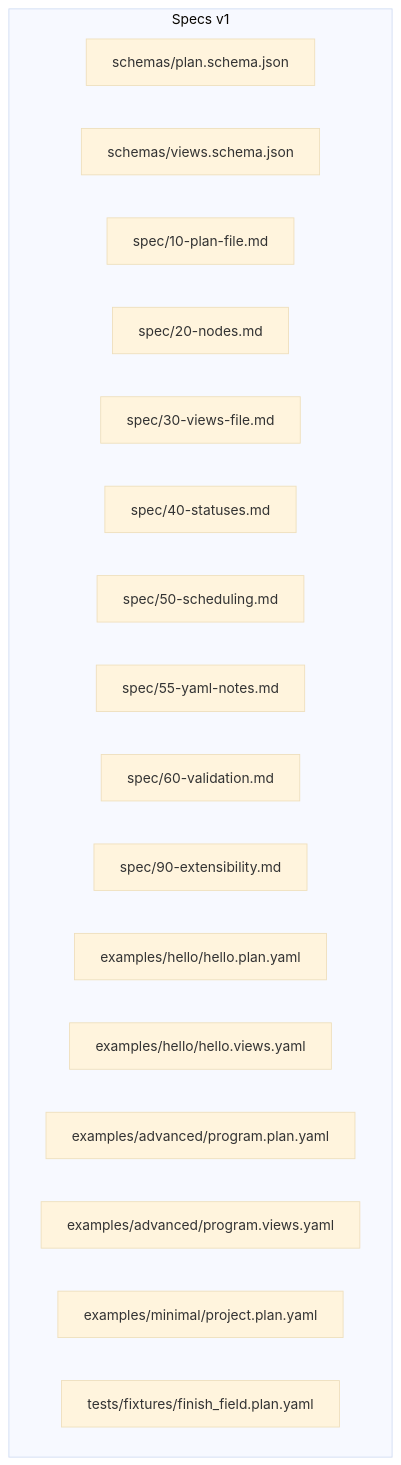
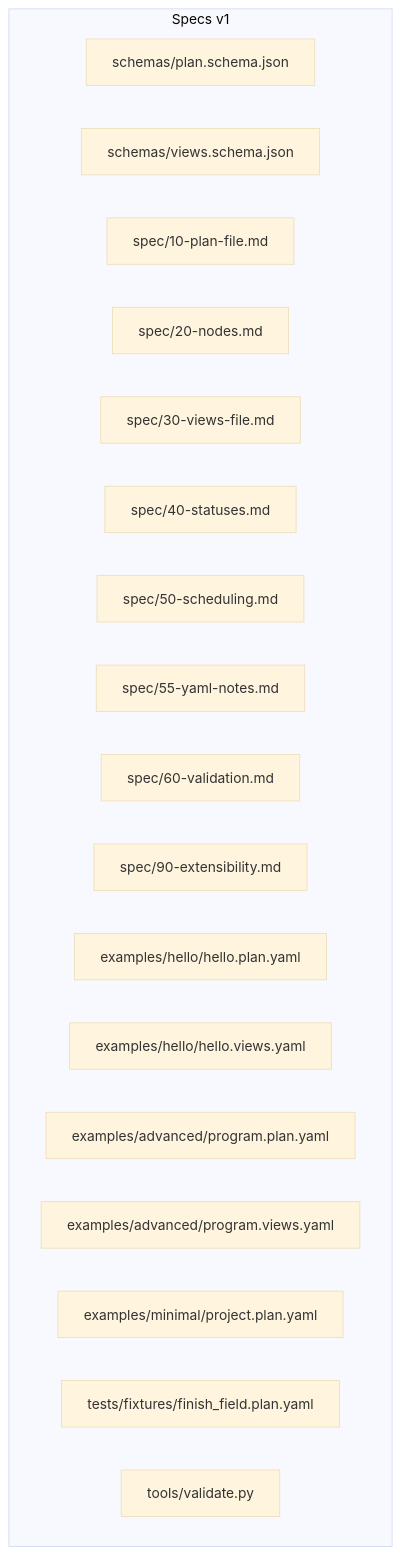
One commit to asukhodko/opskarta changed the first of 5 diagrams in .qoder/repowiki/en/content/Specification Reference/File Formats/File Formats.md. Above: the diagram before and after it, drawn with Mermaid (base theme). The commit also changed other lines of this file and 4 other files, not shown here.

````diff
--- a/.qoder/repowiki/en/content/Specification Reference/File Formats/File Formats.md
+++ b/.qoder/repowiki/en/content/Specification Reference/File Formats/File Formats.md
@@ -61,21 +63,22 @@
 ```mermaid
 graph TB
 subgraph "Specs v1"
 S1["schemas/plan.schema.json"]
 S2["schemas/views.schema.json"]
 D1["spec/10-plan-file.md"]
 D2["spec/20-nodes.md"]
 D3["spec/30-views-file.md"]
 D4["spec/40-statuses.md"]
 D5["spec/50-scheduling.md"]
 D6["spec/55-yaml-notes.md"]
 D7["spec/60-validation.md"]
 D9["spec/90-extensibility.md"]
 E_hello_plan["examples/hello/hello.plan.yaml"]
 E_hello_views["examples/hello/hello.views.yaml"]
 E_adv_plan["examples/advanced/program.plan.yaml"]
 E_adv_views["examples/advanced/program.views.yaml"]
 E_min_plan["examples/minimal/project.plan.yaml"]
 F_finish["tests/fixtures/finish_field.plan.yaml"]
+T_validate["tools/validate.py"]
 end
 ```
````
